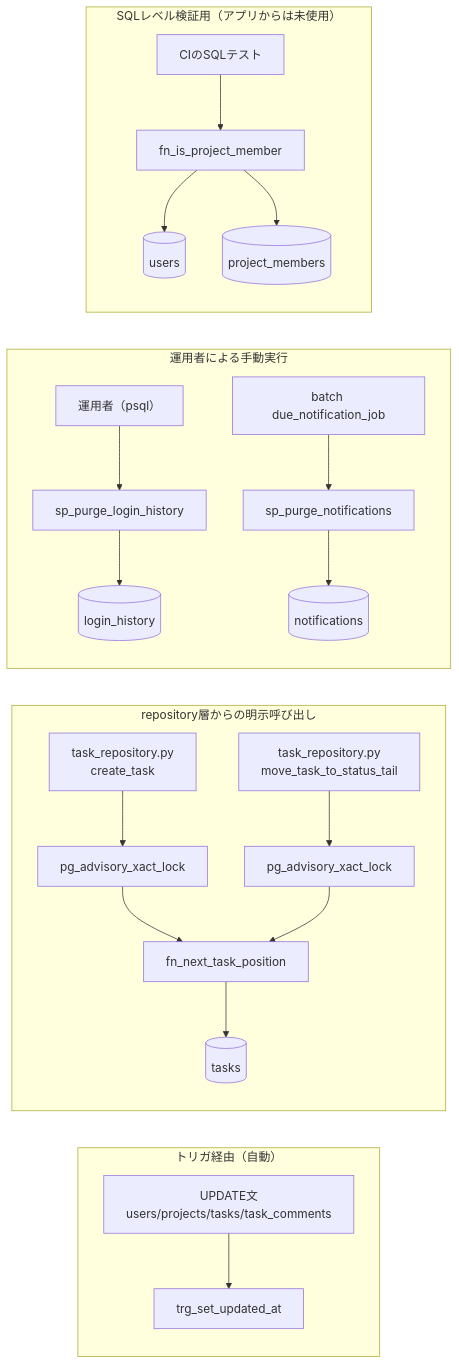
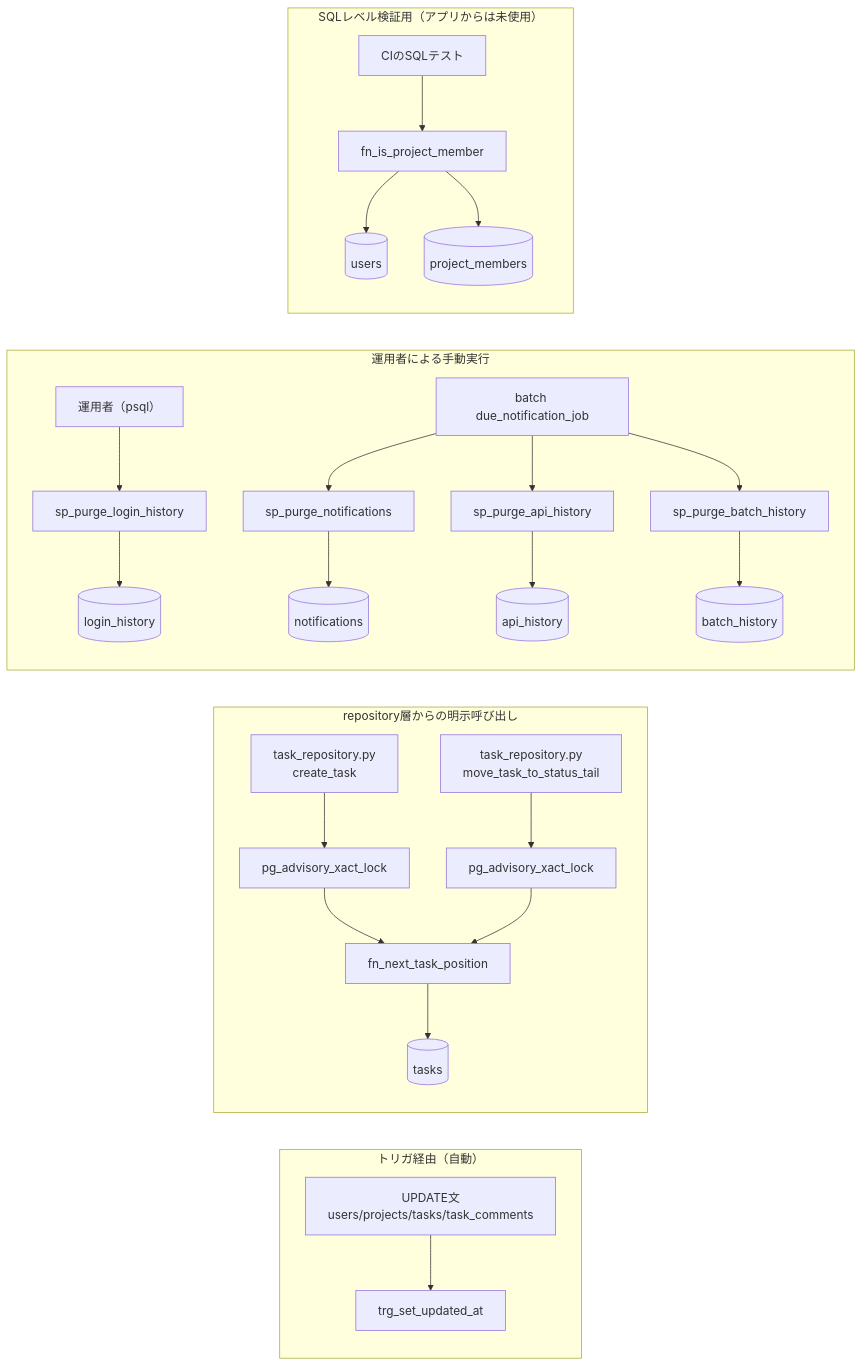
The diagram in detailed_design/database/08_db_functions.md (oikawa-d/task_management), drawn with Mermaid before and after one commit. The commit also changed other lines of this file and 21 other files, not shown here.

````diff
--- a/detailed_design/database/08_db_functions.md
+++ b/detailed_design/database/08_db_functions.md
@@ -228,27 +278,31 @@
 ```mermaid
 flowchart LR
     subgraph trigger["トリガ経由（自動）"]
         UPD["UPDATE文<br/>users/projects/tasks/task_comments"] --> TRG["trg_set_updated_at"]
     end
 
     subgraph repo["repository層からの明示呼び出し"]
         CREATE["task_repository.py<br/>create_task"] --> LOCK1["pg_advisory_xact_lock"]
         MOVE["task_repository.py<br/>move_task_to_status_tail"] --> LOCK2["pg_advisory_xact_lock"]
         LOCK1 --> FN1["fn_next_task_position"]
         LOCK2 --> FN1
         FN1 --> TASKS[("tasks")]
     end
 
     subgraph manual["運用者による手動実行"]
         OPS["運用者（psql）"] --> SP["sp_purge_login_history"]
         SP --> LH[("login_history")]
         JOB["batch due_notification_job"] --> SNP["sp_purge_notifications"]
         SNP --> NOTIF[("notifications")]
+        JOB --> SAP["sp_purge_api_history"]
+        SAP --> APIH[("api_history")]
+        JOB --> SBH["sp_purge_batch_history"]
+        SBH --> BATH[("batch_history")]
     end
 
     subgraph unused["SQLレベル検証用（アプリからは未使用）"]
         TEST["CIのSQLテスト"] --> FN2["fn_is_project_member"]
         FN2 --> USERS[("users")]
         FN2 --> PM[("project_members")]
     end
 ```
````
